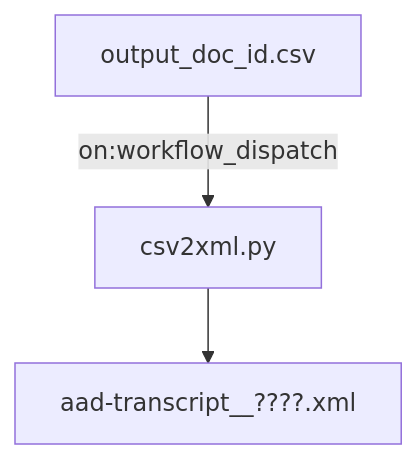
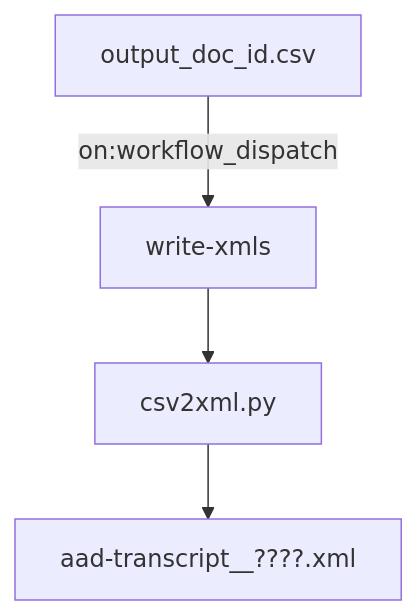
The second of 2 diagrams in README.md (auden-in-austria-digital/aad-data), drawn with Mermaid before and after one commit.

````diff
--- a/README.md
+++ b/README.md
@@ -25,5 +25,6 @@
 ```mermaid
 flowchart TD;
-    output_doc_id.csv-->|on:workflow_dispatch| csv2xml.py;
+    output_doc_id.csv-->|on:workflow_dispatch| write-xmls;
+    write-xmls-->csv2xml.py;
     csv2xml.py-->aad-transcript__????.xml;
 ```
````
